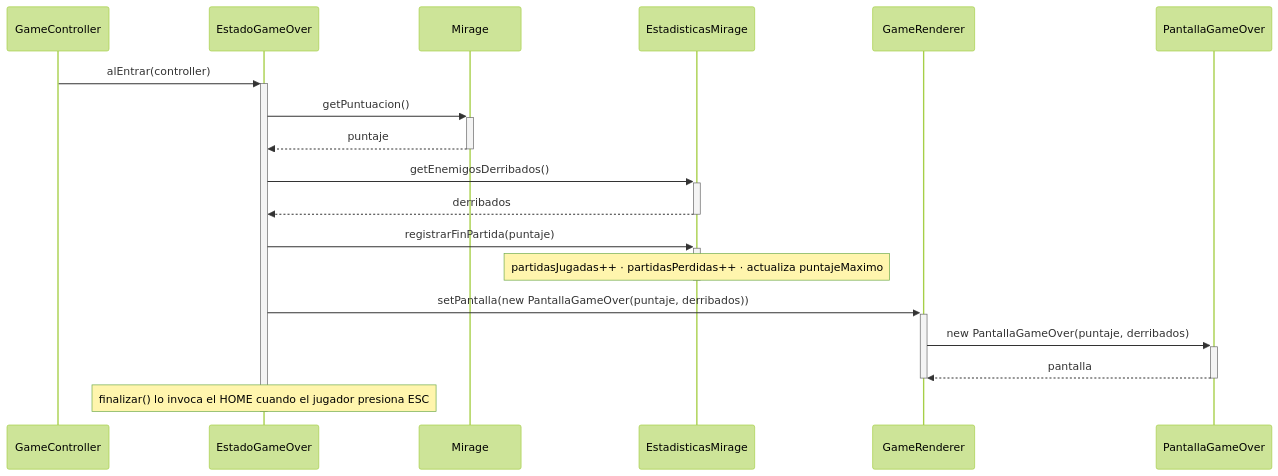
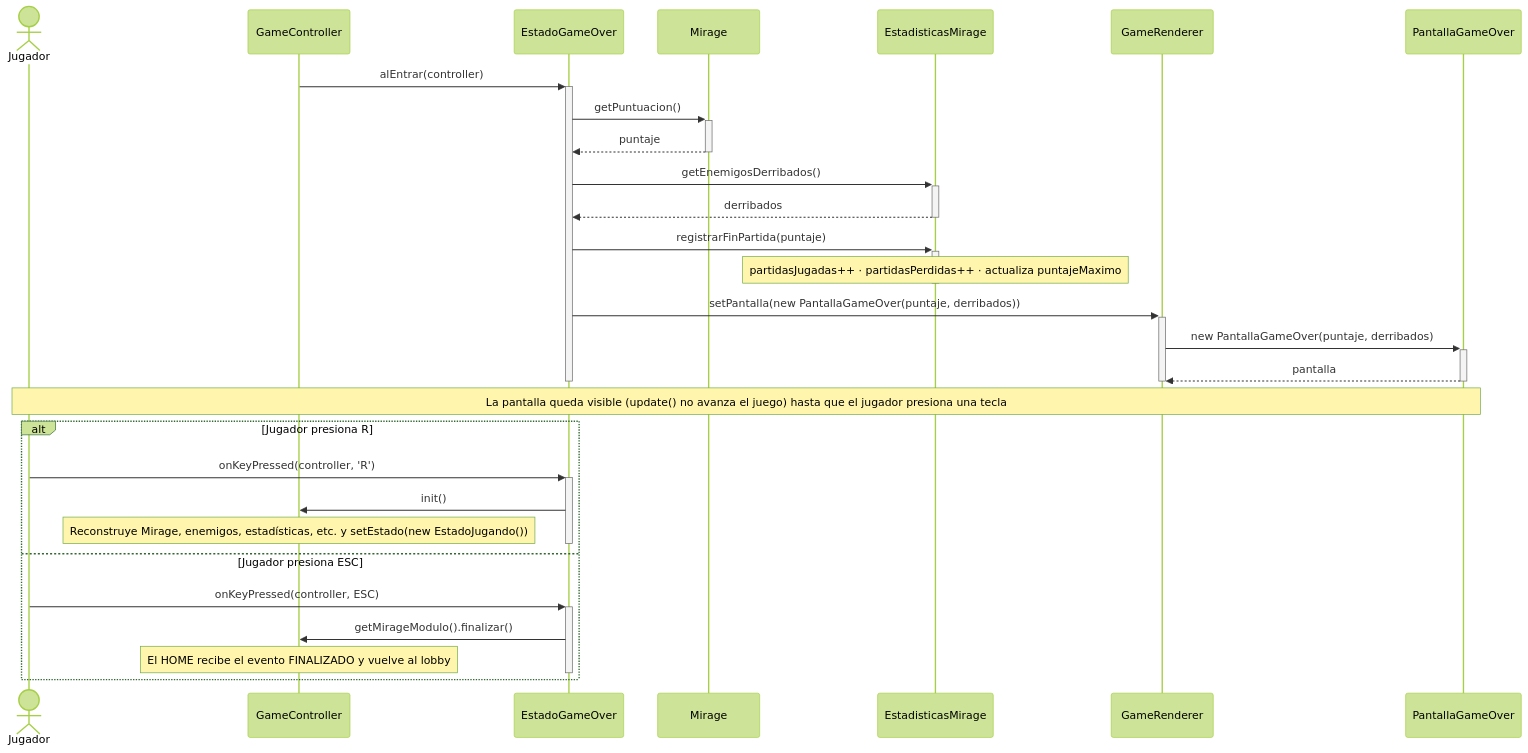
The eighth of 9 diagrams in docs/v1/analisis/casos-de-uso.md (Christian-Rojas-Rodriguez/juego-1982), drawn with Mermaid (forest theme) before and after one commit. The commit also changed other lines of this file, not shown here.

Commit message:
docs(uc-07): modelar reinicio con R y salida con ESC en Game Over
El diagrama de secuencia solo cubría alEntrar(); ahora refleja
onKeyPressed(): R reinicia vía GameController.init() y ESC invoca
finalizar(). Concordancia código↔diagrama.

````diff
--- a/docs/v1/analisis/casos-de-uso.md
+++ b/docs/v1/analisis/casos-de-uso.md
@@ -399,26 +399,39 @@
 ```mermaid
 sequenceDiagram
+    actor Jugador
     participant GameController
     participant EstadoGameOver
     participant Mirage
     participant EstadisticasMirage
     participant GameRenderer
     participant PantallaGameOver
 
     GameController->>+EstadoGameOver: alEntrar(controller)
     EstadoGameOver->>+Mirage: getPuntuacion()
     Mirage-->>-EstadoGameOver: puntaje
     EstadoGameOver->>+EstadisticasMirage: getEnemigosDerribados()
     EstadisticasMirage-->>-EstadoGameOver: derribados
     EstadoGameOver->>+EstadisticasMirage: registrarFinPartida(puntaje)
     Note over EstadisticasMirage: partidasJugadas++ · partidasPerdidas++ · actualiza puntajeMaximo
     deactivate EstadisticasMirage
 
     EstadoGameOver->>+GameRenderer: setPantalla(new PantallaGameOver(puntaje, derribados))
     GameRenderer->>+PantallaGameOver: new PantallaGameOver(puntaje, derribados)
     PantallaGameOver-->>-GameRenderer: pantalla
     deactivate GameRenderer
+    deactivate EstadoGameOver
 
-    Note over EstadoGameOver: finalizar() lo invoca el HOME cuando el jugador presiona ESC
-    deactivate EstadoGameOver
+    Note over Jugador, PantallaGameOver: La pantalla queda visible (update() no avanza el juego) hasta que el jugador presiona una tecla
+
+    alt Jugador presiona R
+        Jugador->>+EstadoGameOver: onKeyPressed(controller, 'R')
+        EstadoGameOver->>GameController: init()
+        Note over GameController: Reconstruye Mirage, enemigos, estadísticas, etc. y setEstado(new EstadoJugando())
+        deactivate EstadoGameOver
+    else Jugador presiona ESC
+        Jugador->>+EstadoGameOver: onKeyPressed(controller, ESC)
+        EstadoGameOver->>GameController: getMirageModulo().finalizar()
+        Note over GameController: El HOME recibe el evento FINALIZADO y vuelve al lobby
+        deactivate EstadoGameOver
+    end
 ```
````
